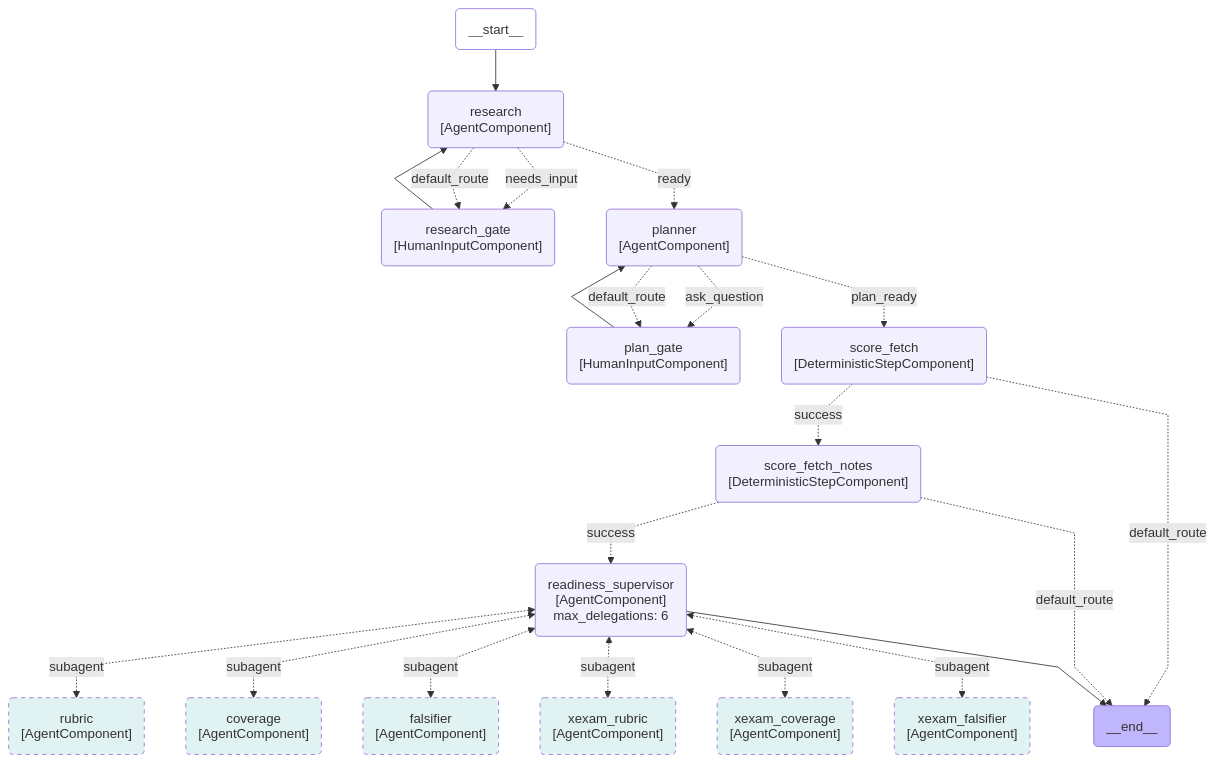
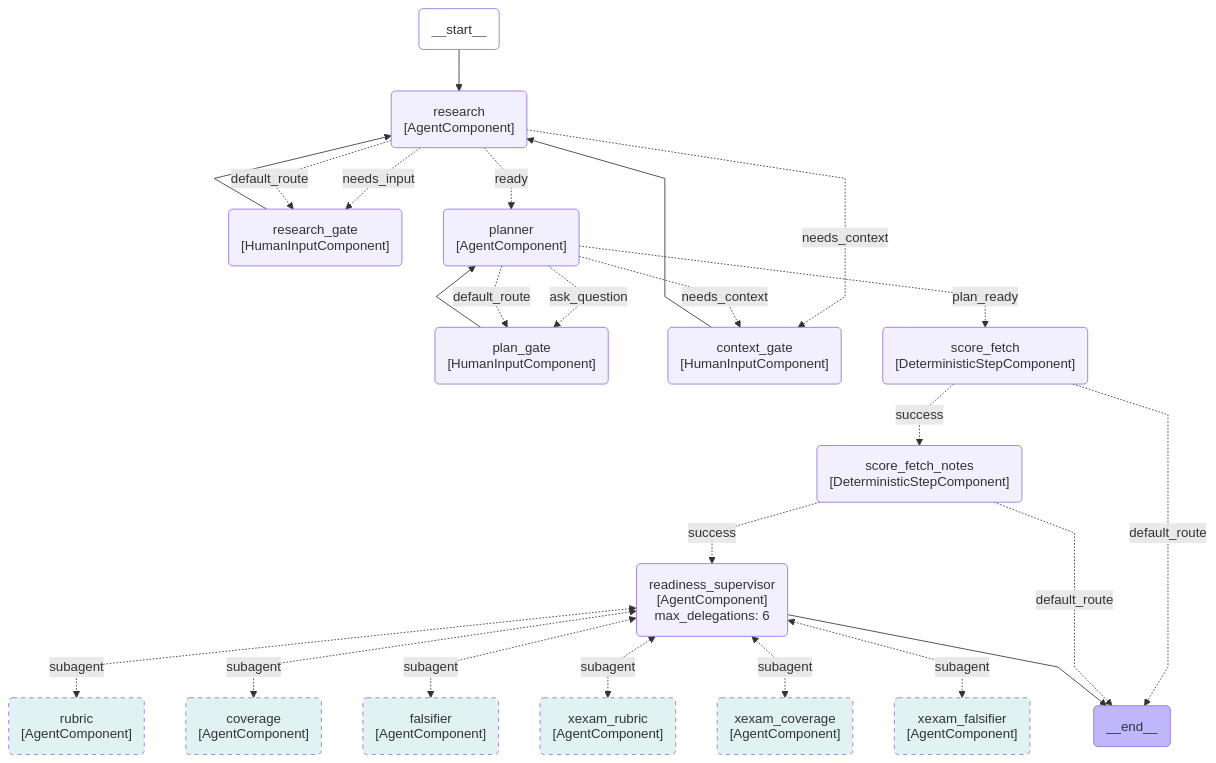
Before and after one commit to movax01h/ai-gateway: diagram 52 of 52 in docs/duo_workflow_service_graphs.md, drawn with Mermaid. The commit also changed 2 other files, not shown here.

Commit message:
fix(workplan): align 1.1.0 with 1.0.0 outside the scoring tail

````diff
--- a/docs/duo_workflow_service_graphs.md
+++ b/docs/duo_workflow_service_graphs.md
@@ -1578,47 +1578,51 @@
 ```mermaid
 ---
 config:
     flowchart:
         curve: linear
 ---
 graph TD;
     __start__(__start__):::first;
     __end__(__end__):::last;
     __start__ --> research;
     research(research<br>#91;AgentComponent#93;);
     research_gate(research_gate<br>#91;HumanInputComponent#93;);
     planner(planner<br>#91;AgentComponent#93;);
     plan_gate(plan_gate<br>#91;HumanInputComponent#93;);
+    context_gate(context_gate<br>#91;HumanInputComponent#93;);
     score_fetch(score_fetch<br>#91;DeterministicStepComponent#93;);
     score_fetch_notes(score_fetch_notes<br>#91;DeterministicStepComponent#93;);
     rubric(rubric<br>#91;AgentComponent#93;):::subagent;
     coverage(coverage<br>#91;AgentComponent#93;):::subagent;
     falsifier(falsifier<br>#91;AgentComponent#93;):::subagent;
     xexam_rubric(xexam_rubric<br>#91;AgentComponent#93;):::subagent;
     xexam_coverage(xexam_coverage<br>#91;AgentComponent#93;):::subagent;
     xexam_falsifier(xexam_falsifier<br>#91;AgentComponent#93;):::subagent;
     readiness_supervisor(readiness_supervisor<br>#91;AgentComponent#93;<br>max_delegations: 6);
     readiness_supervisor <-.->|"subagent"| rubric;
     readiness_supervisor <-.->|"subagent"| coverage;
     readiness_supervisor <-.->|"subagent"| falsifier;
     readiness_supervisor <-.->|"subagent"| xexam_rubric;
     readiness_supervisor <-.->|"subagent"| xexam_coverage;
     readiness_supervisor <-.->|"subagent"| xexam_falsifier;
     research -.->|"ready"| planner;
     research -.->|"needs_input"| research_gate;
+    research -.->|"needs_context"| context_gate;
     research -.->|"default_route"| research_gate;
     research_gate --> research;
     planner -.->|"ask_question"| plan_gate;
+    planner -.->|"needs_context"| context_gate;
     planner -.->|"plan_ready"| score_fetch;
     planner -.->|"default_route"| plan_gate;
     plan_gate --> planner;
+    context_gate --> research;
     score_fetch -.->|"success"| score_fetch_notes;
     score_fetch -.->|"default_route"| __end__;
     score_fetch_notes -.->|"success"| readiness_supervisor;
     score_fetch_notes -.->|"default_route"| __end__;
     readiness_supervisor --> __end__;
     classDef default fill:#f2f0ff,line-height:1.2;
     classDef first fill-opacity:0;
     classDef last fill:#bfb6fc;
     classDef subagent fill:#e0f2f1,stroke-dasharray:5 5;
 ```
````
